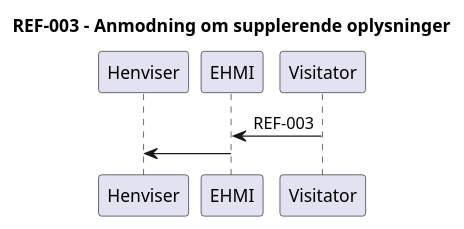
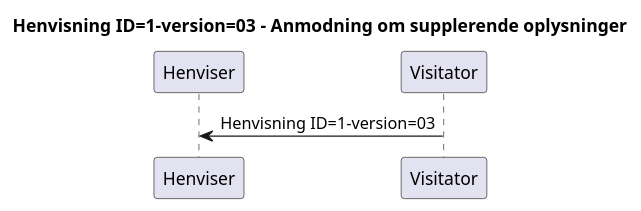
The third of 12 diagrams in input/plantuml/fhir-henvisning-messaging.puml (medcomdk/dk-medcom-ref-lm), drawn with PlantUML before and after one commit. The commit also changed other lines of this file and 15 other files, not shown here.

```diff
--- a/input/plantuml/fhir-henvisning-messaging.puml
+++ b/input/plantuml/fhir-henvisning-messaging.puml
@@ -21,9 +25,9 @@
 @startuml
 
- title REF-003 - Anmodning om supplerende oplysninger
+ title Henvisning ID=1-version=03 - Anmodning om supplerende oplysninger
  participant Henviser
- participant EHMI
  participant Visitator
-Visitator -> EHMI : REF-003
-EHMI -> Henviser
+
+Visitator -> Henviser : Henvisning ID=1-version=03
+
 @enduml
```
